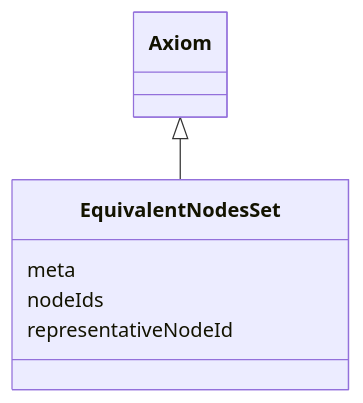
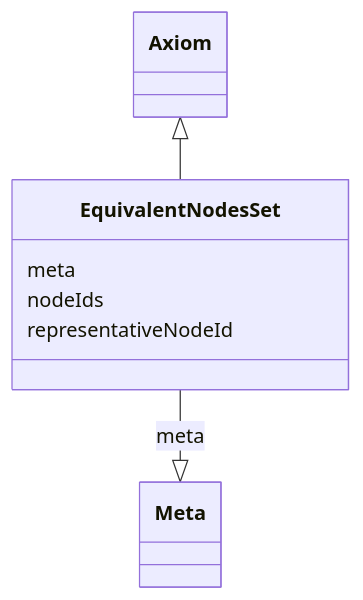
Before and after one commit to cthoyt/ontology-access-kit: the diagram in obograph/EquivalentNodesSet.md, drawn with Mermaid. The commit also changed other lines of this file and 3287 other files, not shown here.

````diff
--- a/obograph/EquivalentNodesSet.md
+++ b/obograph/EquivalentNodesSet.md
@@ -11,10 +14,15 @@
 ```{mermaid}
  classDiagram
     class EquivalentNodesSet
       Axiom <|-- EquivalentNodesSet
       
       EquivalentNodesSet : meta
+        
+          EquivalentNodesSet --|> Meta : meta
+        
       EquivalentNodesSet : nodeIds
+        
       EquivalentNodesSet : representativeNodeId
+        
       
 ```
````
